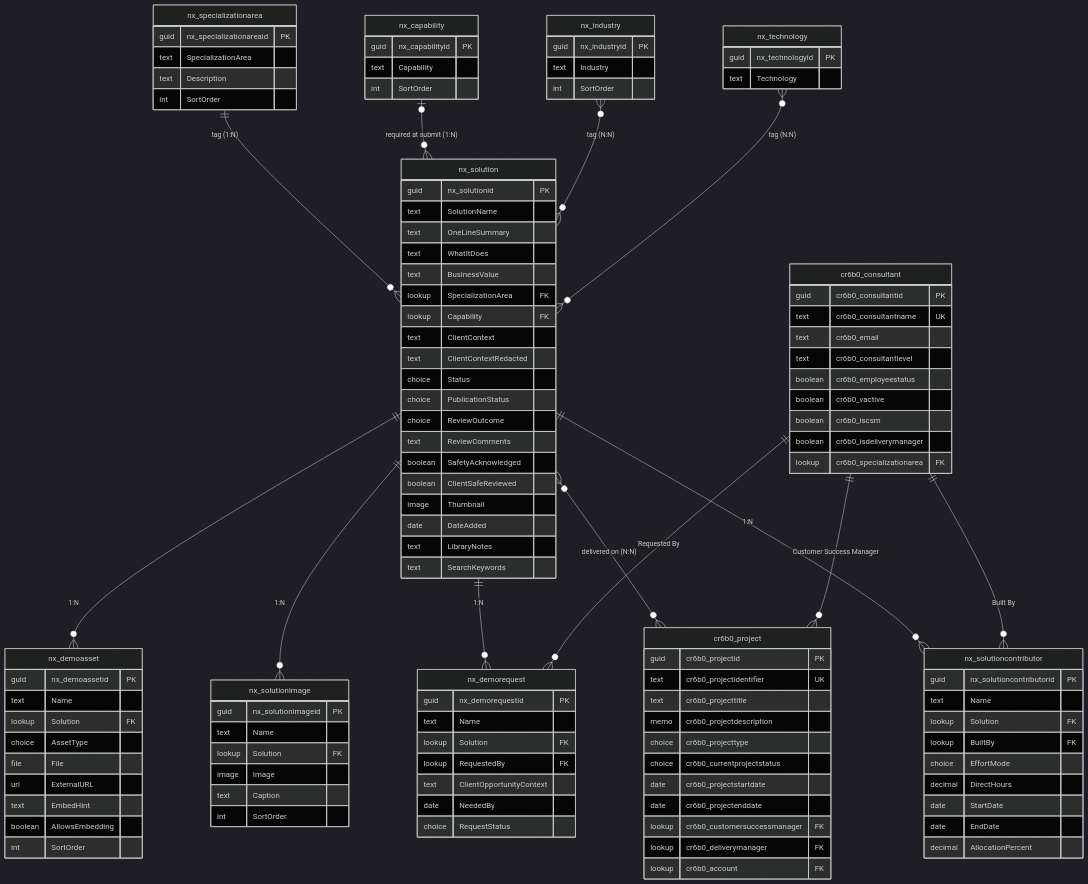
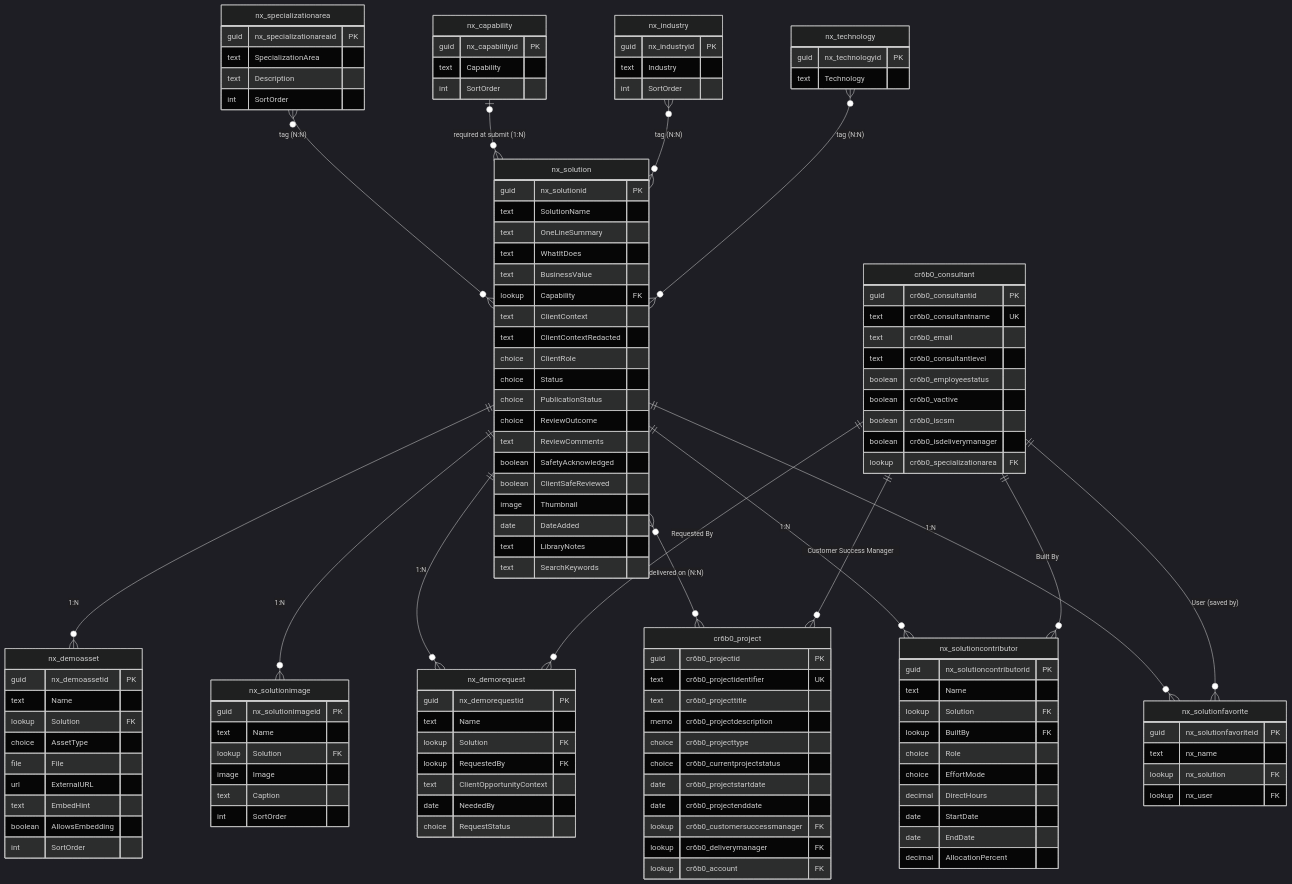
The first of 3 diagrams in docs/data_model/SchemaV2.md (lpreciado-nextant/PRISMA), drawn with Mermaid (dark theme) before and after one commit. The commit also changed other lines of this file and 3 other files, not shown here.

First line of the commit message:
docs(data-model): sync schema with 2026-09-23 Dataverse changes

````diff
--- a/docs/data_model/SchemaV2.md
+++ b/docs/data_model/SchemaV2.md
@@ -52,6 +58,6 @@
 ```mermaid
 erDiagram
-    nx_specializationarea ||--o{ nx_solution : "tag (1:N)"
+    nx_specializationarea }o--o{ nx_solution : "tag (N:N)"
     nx_capability |o--o{ nx_solution : "required at submit (1:N)"
     nx_industry }o--o{ nx_solution : "tag (N:N)"
     nx_technology }o--o{ nx_solution : "tag (N:N)"
@@ -63,6 +69,8 @@
     cr6b0_consultant ||--o{ nx_solutioncontributor : "Built By"
     cr6b0_consultant ||--o{ nx_demorequest : "Requested By"
     cr6b0_consultant ||--o{ cr6b0_project : "Customer Success Manager"
+    nx_solution ||--o{ nx_solutionfavorite : "1:N"
+    cr6b0_consultant ||--o{ nx_solutionfavorite : "User (saved by)"
 
     nx_solution {
         guid nx_solutionid PK
@@ -70,10 +78,10 @@
         text OneLineSummary
         text WhatItDoes
         text BusinessValue
-        lookup SpecializationArea FK
         lookup Capability FK
         text ClientContext
         text ClientContextRedacted
+        choice ClientRole
         choice Status
         choice PublicationStatus
         choice ReviewOutcome
@@ -96,6 +104,7 @@
         text Name
         lookup Solution FK
         lookup BuiltBy FK
+        choice Role
         choice EffortMode
         decimal DirectHours
         date StartDate
@@ -144,6 +153,12 @@
         date NeededBy
         choice RequestStatus
     }
+    nx_solutionfavorite {
+        guid nx_solutionfavoriteid PK
+        text nx_name
+        lookup nx_solution FK
+        lookup nx_user FK
+    }
     cr6b0_project {
         guid cr6b0_projectid PK
         text cr6b0_projectidentifier UK
````
